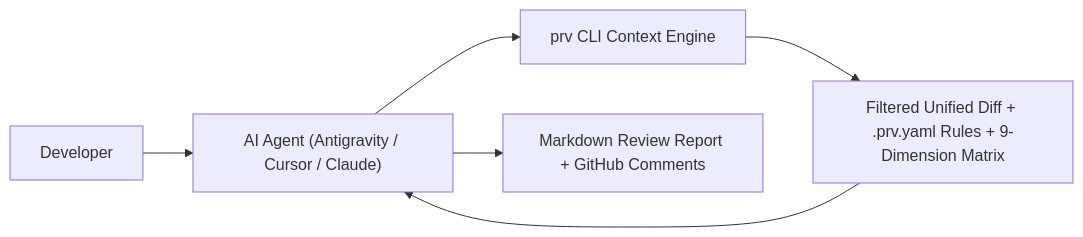
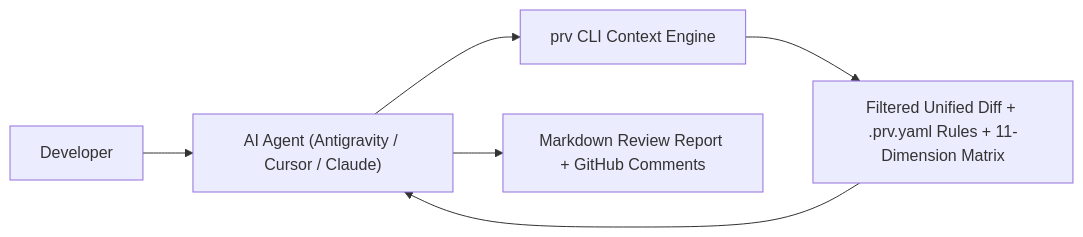
Before and after one commit to vubon/prv: the diagram in docs/agents/README.md, drawn with Mermaid. The commit also changed other lines of this file and 9 other files, not shown here.

````diff
--- a/docs/agents/README.md
+++ b/docs/agents/README.md
@@ -24,8 +24,8 @@
 ```mermaid
 graph LR
     Dev["Developer"] --> Agent["AI Agent (Antigravity / Cursor / Claude)"]
     Agent --> PRV["prv CLI Context Engine"]
-    PRV --> Context["Filtered Unified Diff + .prv.yaml Rules + 9-Dimension Matrix"]
+    PRV --> Context["Filtered Unified Diff + .prv.yaml Rules + 11-Dimension Matrix"]
     Context --> Agent
     Agent --> Report["Markdown Review Report + GitHub Comments"]
 ```
````
